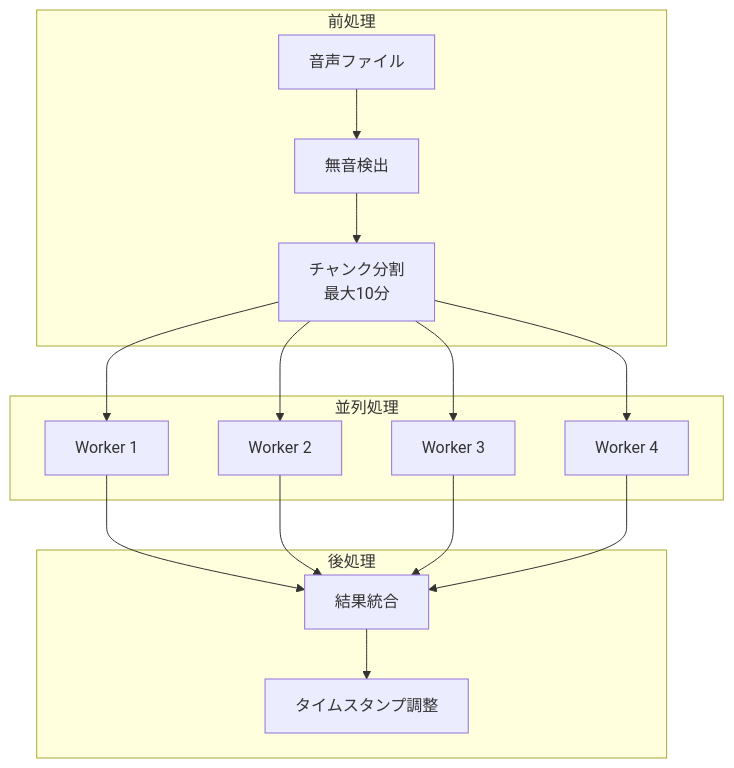
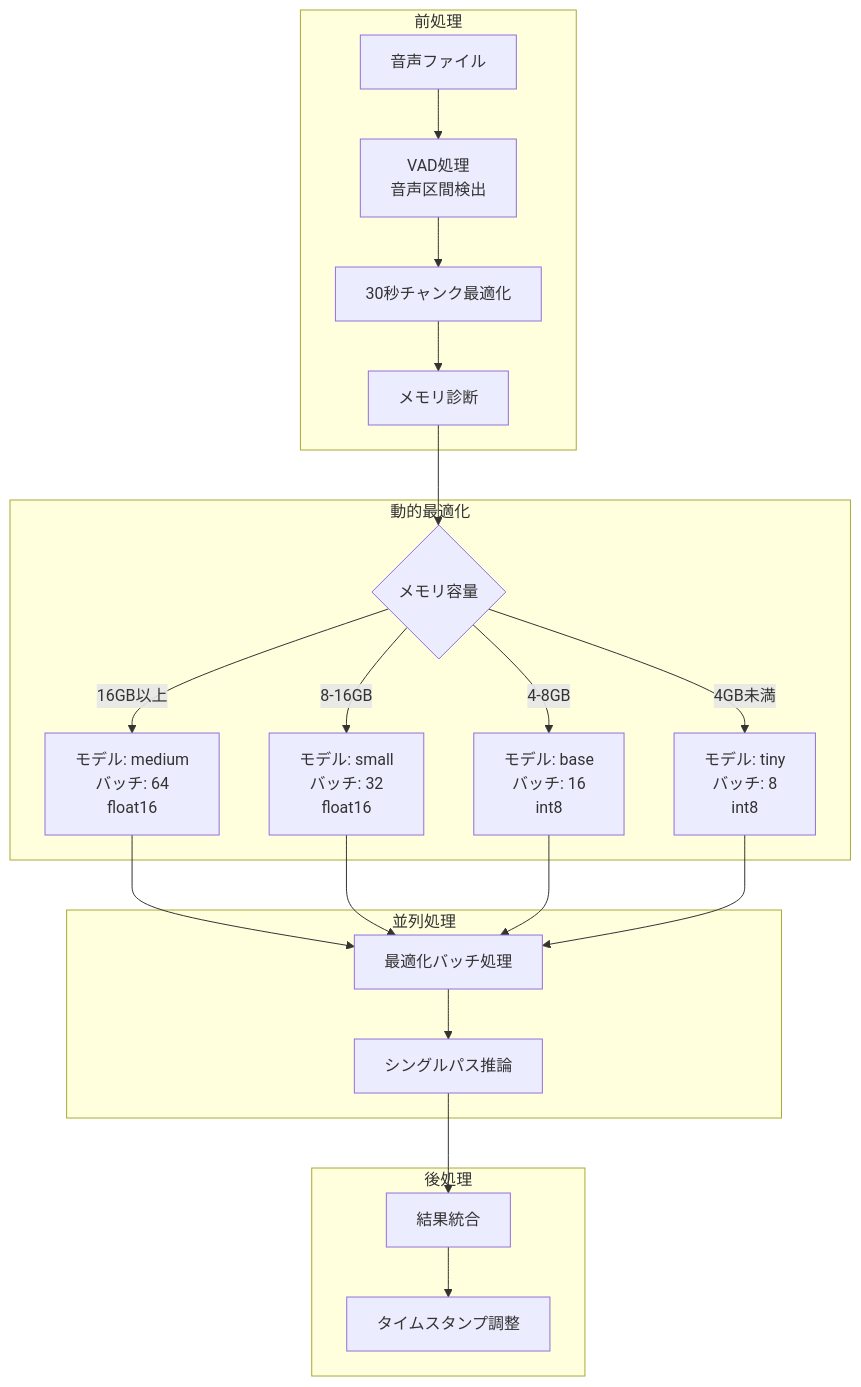
Before and after one commit to Coidemo/TextffCut: the fifth of 27 diagrams in docs/basic_design_specification_v2.md, drawn with Mermaid. The commit also changed other lines of this file and 8 other files, not shown here.

````diff
--- a/docs/basic_design_specification_v2.md
+++ b/docs/basic_design_specification_v2.md
@@ -198,19 +198,26 @@
 ```mermaid
 flowchart TD
     subgraph "前処理"
-        A[音声ファイル] --> B[無音検出]
-        B --> C[チャンク分割<br/>最大10分]
+        A[音声ファイル] --> B[VAD処理<br/>音声区間検出]
+        B --> C[30秒チャンク最適化]
+        C --> D[メモリ診断]
+    end
+    
+    subgraph "動的最適化"
+        D --> E{メモリ容量}
+        E -->|16GB以上| F[モデル: medium<br/>バッチ: 64<br/>float16]
+        E -->|8-16GB| G[モデル: small<br/>バッチ: 32<br/>float16]
+        E -->|4-8GB| H[モデル: base<br/>バッチ: 16<br/>int8]
+        E -->|4GB未満| I[モデル: tiny<br/>バッチ: 8<br/>int8]
     end
     
     subgraph "並列処理"
-        C --> D1[Worker 1]
-        C --> D2[Worker 2]
-        C --> D3[Worker 3]
-        C --> D4[Worker 4]
+        F & G & H & I --> J[最適化バッチ処理]
+        J --> K[シングルパス推論]
     end
     
     subgraph "後処理"
-        D1 & D2 & D3 & D4 --> E[結果統合]
-        E --> F[タイムスタンプ調整]
+        K --> L[結果統合]
+        L --> M[タイムスタンプ調整]
     end
 ```
````
